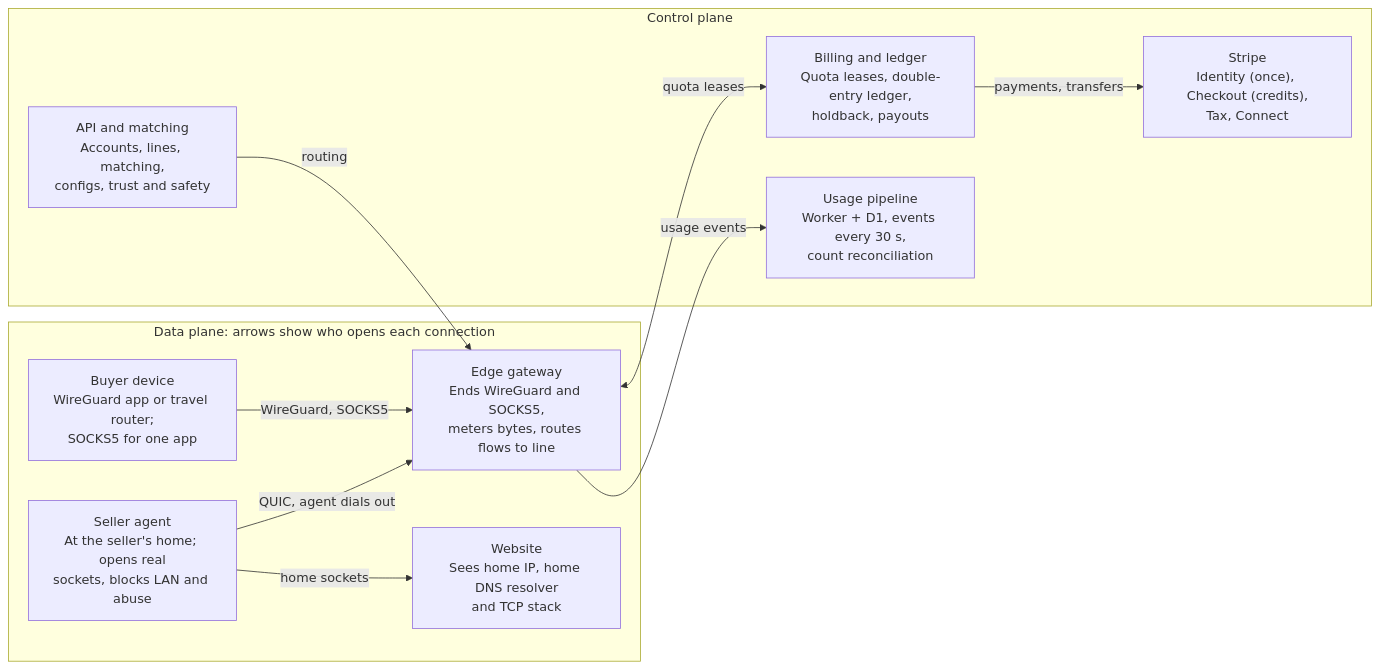
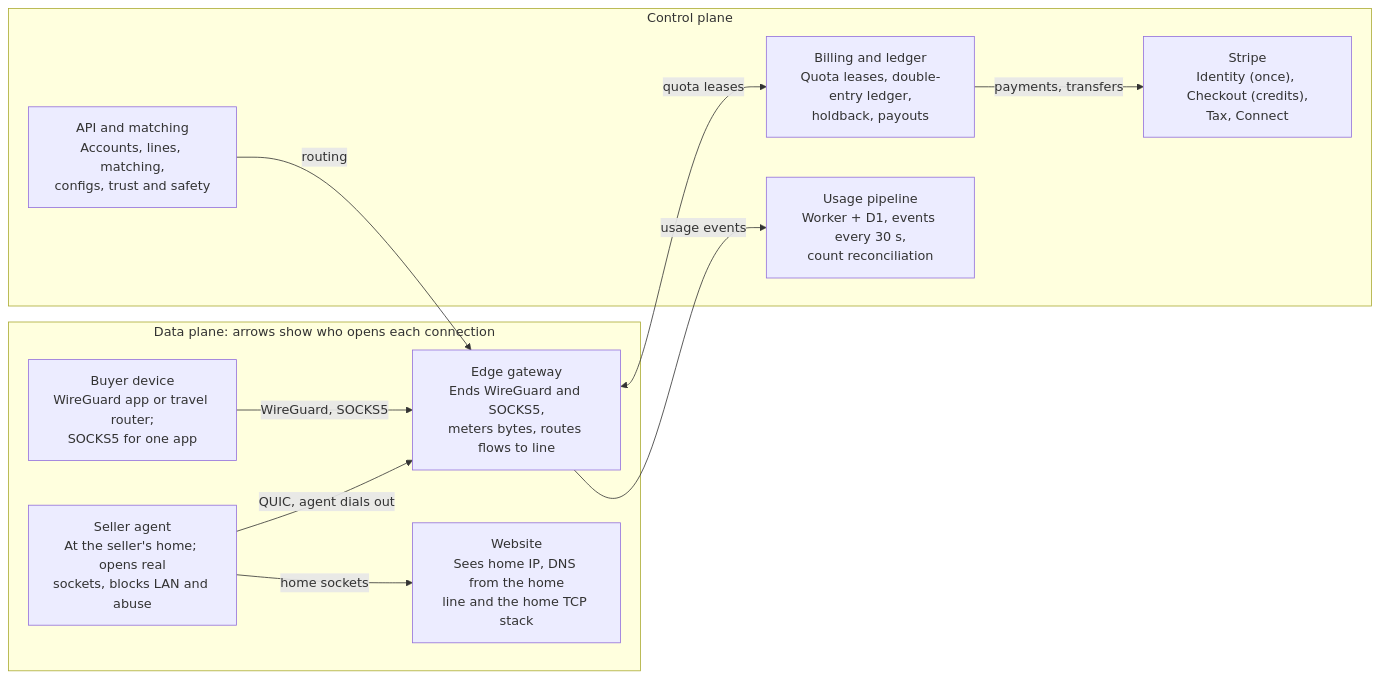
Before and after one commit to jermainee/homeport: the first of 2 diagrams in docs/concept.md, drawn with Mermaid. The commit also changed other lines of this file and 4 other files, not shown here.

````diff
--- a/docs/concept.md
+++ b/docs/concept.md
@@ -155,22 +155,22 @@
 ```mermaid
 flowchart LR
   subgraph data["Data plane: arrows show who opens each connection"]
     buyer["Buyer device<br/>WireGuard app or travel router;<br/>SOCKS5 for one app"]
     gw["Edge gateway<br/>Ends WireGuard and SOCKS5,<br/>meters bytes, routes flows to line"]
     agent["Seller agent<br/>At the seller's home; opens real<br/>sockets, blocks LAN and abuse"]
-    web["Website<br/>Sees home IP, home DNS resolver<br/>and TCP stack"]
+    web["Website<br/>Sees home IP, DNS from the home<br/>line and the home TCP stack"]
   end
   subgraph control["Control plane"]
     api["API and matching<br/>Accounts, lines, matching,<br/>configs, trust and safety"]
     billing["Billing and ledger<br/>Quota leases, double-entry ledger,<br/>holdback, payouts"]
     usage["Usage pipeline<br/>Worker + D1, events every 30 s,<br/>count reconciliation"]
     stripe["Stripe<br/>Identity (once), Checkout (credits),<br/>Tax, Connect"]
   end
   buyer -- "WireGuard, SOCKS5" --> gw
   agent -- "QUIC, agent dials out" --> gw
   agent -- "home sockets" --> web
   api -- "routing" --> gw
   gw <-- "quota leases" --> billing
   gw -- "usage events" --> usage
   billing -- "payments, transfers" --> stripe
 ```
````
